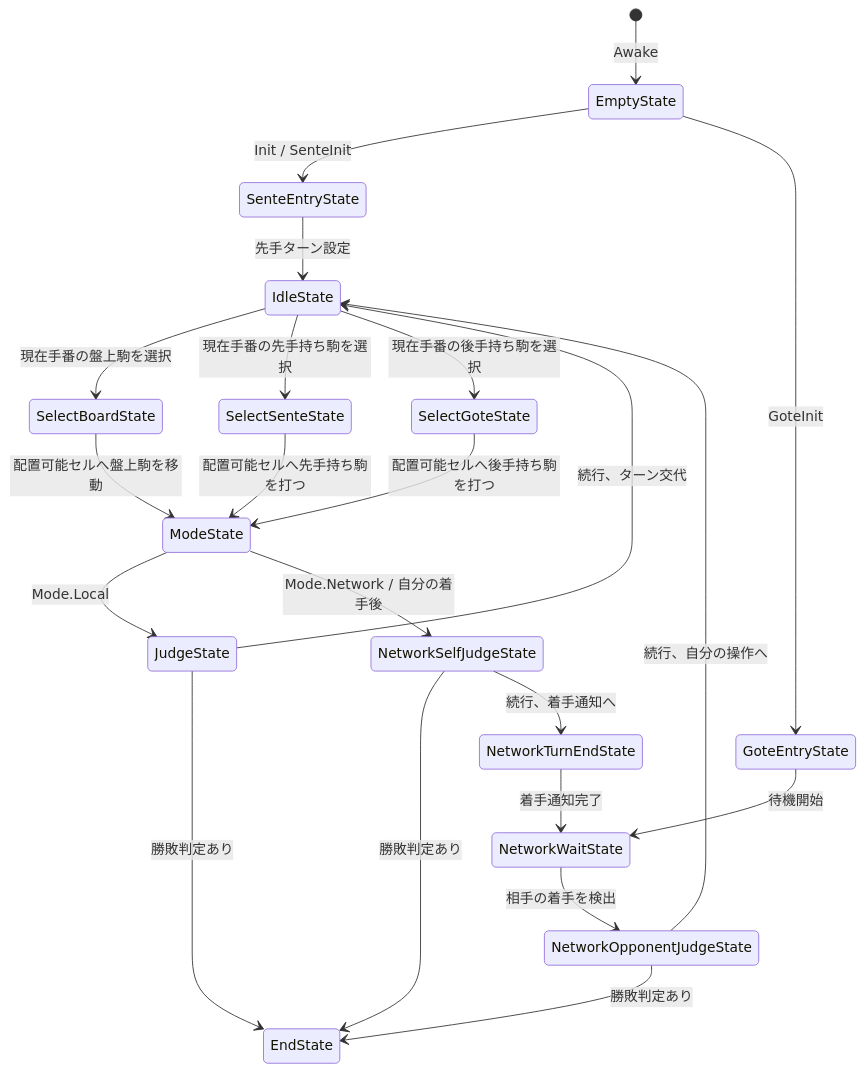
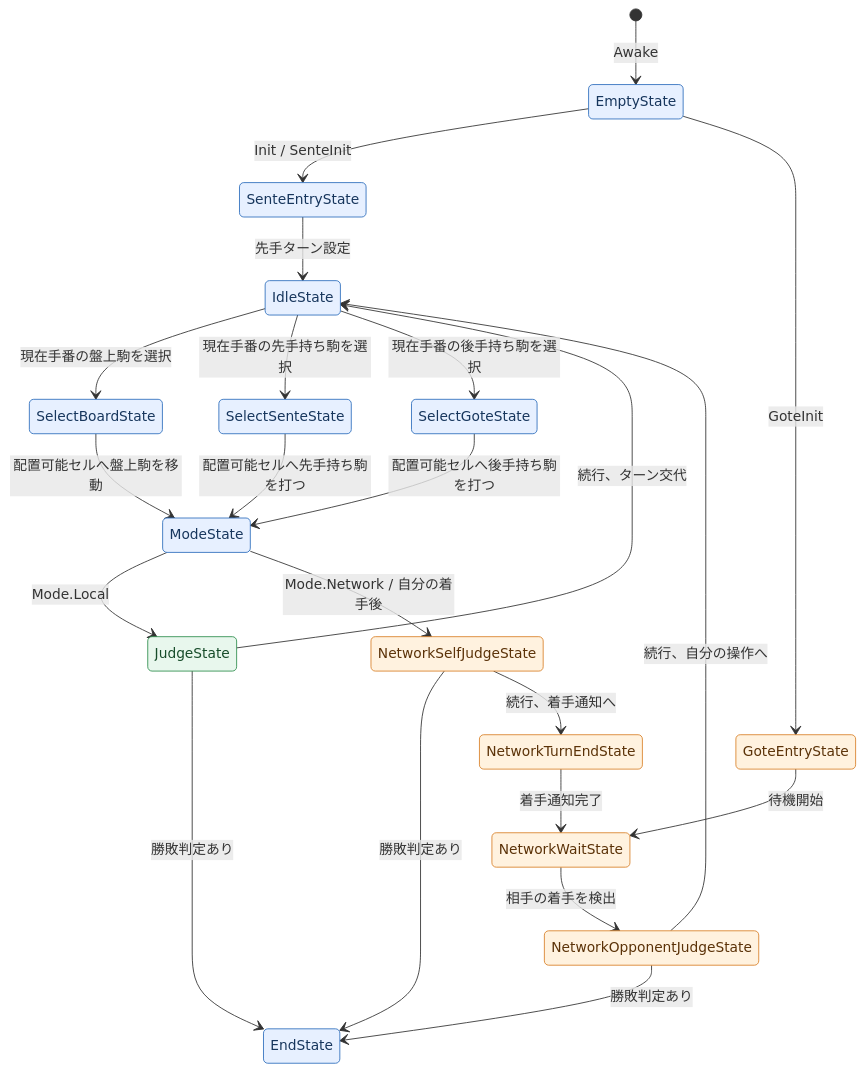
The diagram in README.md (wtrinoue/Online_Shogi), drawn with Mermaid before and after one commit. The commit also changed other lines of this file, not shown here.

Commit message:
add color to state transition
stateの遷移図にカラーを追加した。
ローカル特有、ネットワーク特有、共通の三つで分けた。

````diff
--- a/README.md
+++ b/README.md
@@ -179,32 +185,40 @@
 ```mermaid
 stateDiagram-v2
     [*] --> EmptyState: Awake
     EmptyState --> SenteEntryState: Init / SenteInit
     EmptyState --> GoteEntryState: GoteInit
 
     SenteEntryState --> IdleState: 先手ターン設定
     GoteEntryState --> NetworkWaitState: 待機開始
 
     IdleState --> SelectBoardState: 現在手番の盤上駒を選択
     IdleState --> SelectSenteState: 現在手番の先手持ち駒を選択
     IdleState --> SelectGoteState: 現在手番の後手持ち駒を選択
 
     SelectBoardState --> ModeState: 配置可能セルへ盤上駒を移動
 
     SelectSenteState --> ModeState: 配置可能セルへ先手持ち駒を打つ
 
     SelectGoteState --> ModeState: 配置可能セルへ後手持ち駒を打つ
 
     ModeState --> JudgeState: Mode.Local
     ModeState --> NetworkSelfJudgeState: Mode.Network / 自分の着手後
 
     JudgeState --> EndState: 勝敗判定あり
     JudgeState --> IdleState: 続行、ターン交代
 
     NetworkSelfJudgeState --> EndState: 勝敗判定あり
     NetworkSelfJudgeState --> NetworkTurnEndState: 続行、着手通知へ
     NetworkTurnEndState --> NetworkWaitState: 着手通知完了
     NetworkWaitState --> NetworkOpponentJudgeState: 相手の着手を検出
     NetworkOpponentJudgeState --> EndState: 勝敗判定あり
     NetworkOpponentJudgeState --> IdleState: 続行、自分の操作へ
+
+    classDef common fill:#e7f0ff,stroke:#2f6fbd,color:#17365d
+    classDef local fill:#e8f7ed,stroke:#2f8f4e,color:#174c2a
+    classDef network fill:#fff2df,stroke:#d9822b,color:#5b3208
+
+    class EmptyState,SenteEntryState,IdleState,SelectBoardState,SelectSenteState,SelectGoteState,ModeState,EndState common
+    class JudgeState local
+    class GoteEntryState,NetworkSelfJudgeState,NetworkTurnEndState,NetworkWaitState,NetworkOpponentJudgeState network
 ```
````
